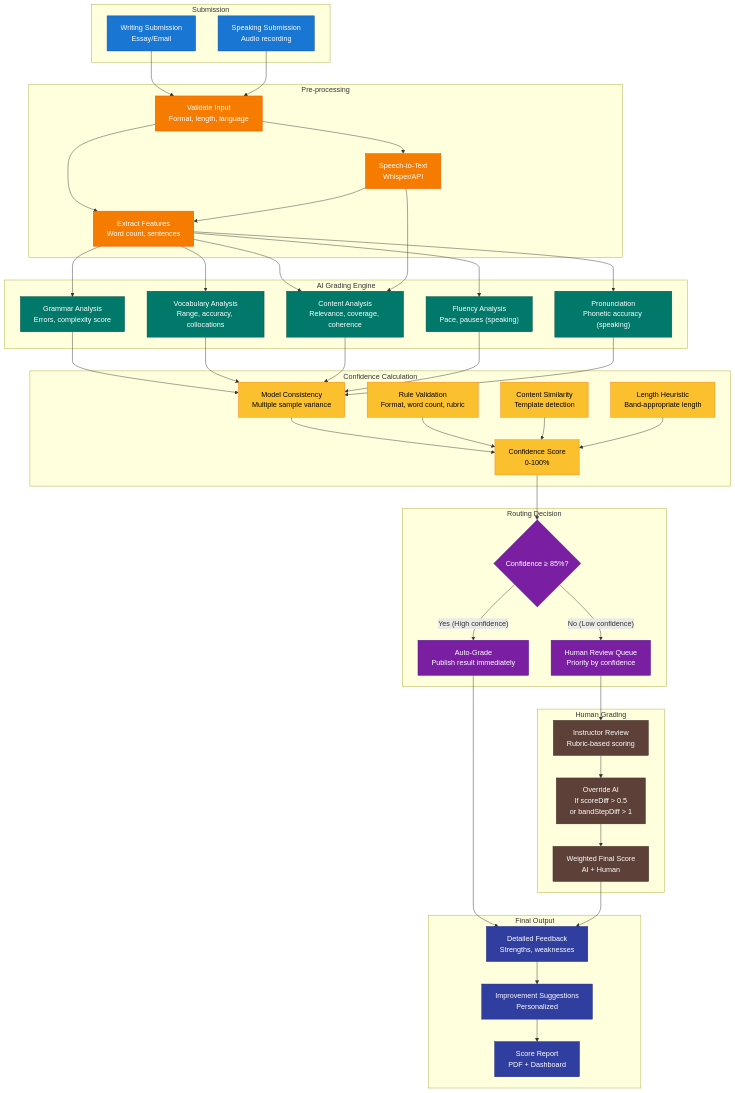
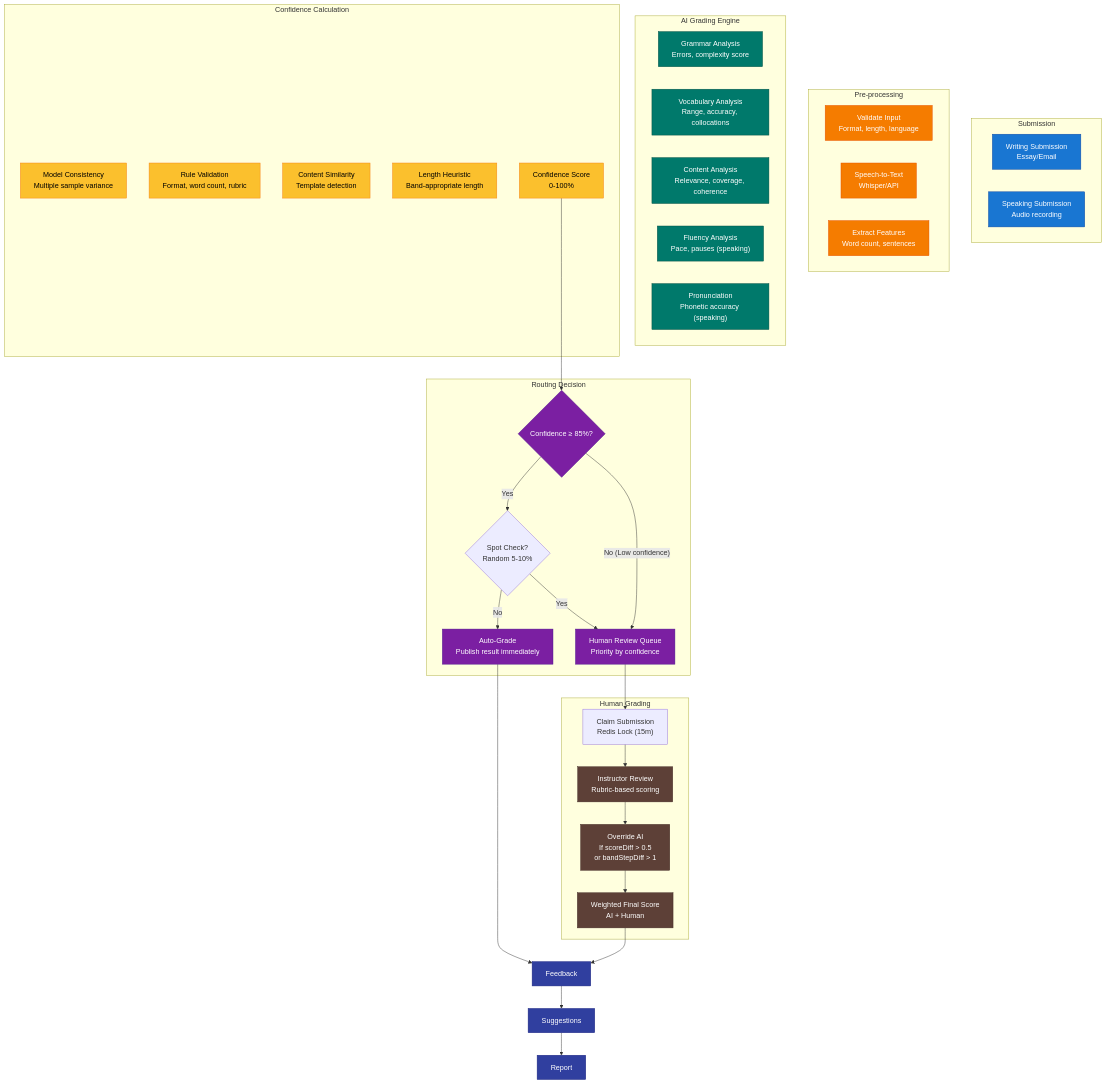
The seventh of 13 diagrams in docs/capstone/diagrams/flow-diagrams.vi.md (nghyane/VSTEP), drawn with Mermaid before and after one commit. The commit also changed other lines of this file and 6 other files, not shown here.

First line of the commit message:
refactor(specs): optimize grading, reliability, and data schemas

```diff
--- a/docs/capstone/diagrams/flow-diagrams.vi.md
+++ b/docs/capstone/diagrams/flow-diagrams.vi.md
@@ -560,57 +545,28 @@
 
     subgraph Routing ["Routing Decision"]
         Threshold{"Confidence ≥ 85%?"}
+        SpotCheck{"Spot Check?<br/>Random 5-10%"}
         AutoGrade["Auto-Grade<br/>Publish result immediately"]
         HumanQueue["Human Review Queue<br/>Priority by confidence"]
     end
 
     subgraph HumanGrading ["Human Grading"]
+        Claim["Claim Submission<br/>Redis Lock (15m)"]
         InstructorReview["Instructor Review<br/>Rubric-based scoring"]
         Override["Override AI<br/>If scoreDiff > 0.5<br/>or bandStepDiff > 1"]
         WeightedScore["Weighted Final Score<br/>AI + Human"]
     end
 
-    subgraph Output ["Final Output"]
-        Feedback["Detailed Feedback<br/>Strengths, weaknesses"]
-        Suggestions["Improvement Suggestions<br/>Personalized"]
-        Report["Score Report<br/>PDF + Dashboard"]
-    end
-
-    %% Writing flow
-    Writing --> Validate
-    Validate --> Extract
-    Extract --> GrammarCheck
-    Extract --> VocabCheck
-    Extract --> ContentCheck
-
-    %% Speaking flow
-    Speaking --> Validate
-    Validate --> Transcribe
-    Transcribe --> Extract
-    Extract --> FluencyCheck
-    Extract --> Pronunciation
-    Transcribe --> ContentCheck
-
-    %% AI scoring convergence
-    GrammarCheck --> ModelConsistency
-    VocabCheck --> ModelConsistency
-    ContentCheck --> ModelConsistency
-    FluencyCheck --> ModelConsistency
-    Pronunciation --> ModelConsistency
-
-    %% Confidence calculation
-    ModelConsistency --> ConfidenceScore
-    RuleValidation --> ConfidenceScore
-    ContentSimilarity --> ConfidenceScore
-    LengthHeuristic --> ConfidenceScore
-
     %% Routing
     ConfidenceScore --> Threshold
-    Threshold -->|"Yes (High confidence)"| AutoGrade
+    Threshold -->|"Yes"| SpotCheck
+    SpotCheck -->|"No"| AutoGrade
+    SpotCheck -->|"Yes"| HumanQueue
     Threshold -->|"No (Low confidence)"| HumanQueue
 
     %% Human grading flow
-    HumanQueue --> InstructorReview
+    HumanQueue --> Claim
+    Claim --> InstructorReview
     InstructorReview --> Override
     Override --> WeightedScore
 
```
